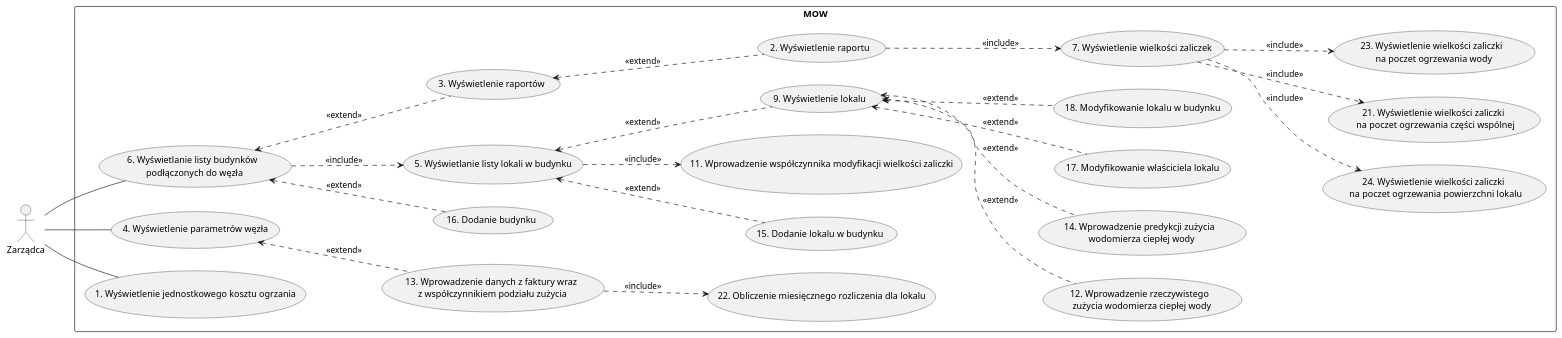
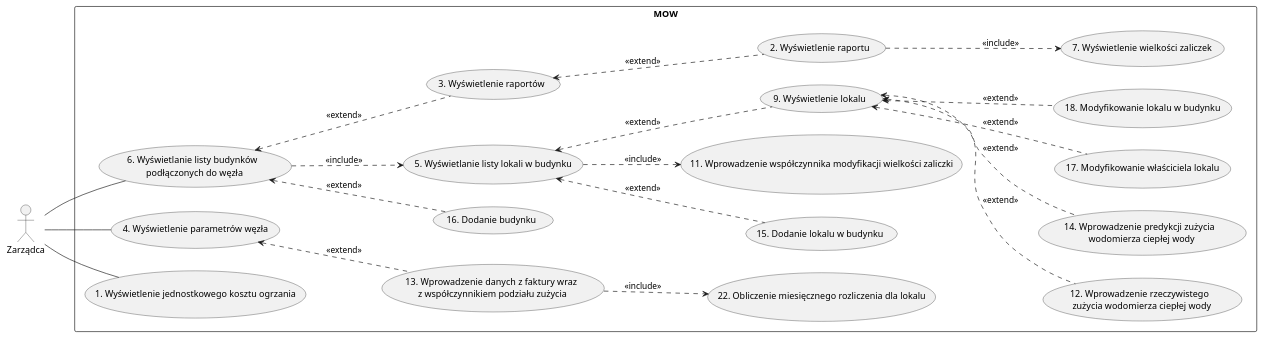
One commit to malinowskaMM/Heat-billing-system-SSBD---UML-diagrams changed the diagram in src/main/resources/MOW/diagramPrzypadkowUzyciaMOWZarzadca.puml. Above: the diagram before and after it, drawn with PlantUML.

Commit message:
diagramy przypadków użycia mow

```diff
--- a/src/main/resources/MOW/diagramPrzypadkowUzyciaMOWZarzadca.puml
+++ b/src/main/resources/MOW/diagramPrzypadkowUzyciaMOWZarzadca.puml
@@ -1,56 +1,49 @@
   @startuml
     left to right direction
 
     actor Zarządca as z
 
     rectangle MOW {
     usecase "16. Dodanie budynku" as MOW16
     usecase "15. Dodanie lokalu w budynku" as MOW15
     usecase "12. Wprowadzenie rzeczywistego \n zużycia wodomierza ciepłej wody" as MOW12
     usecase "14. Wprowadzenie predykcji zużycia \n wodomierza ciepłej wody" as MOW14
     usecase "13. Wprowadzenie danych z faktury wraz\n z współczynnikiem podziału zużycia" as MOW13
     usecase "17. Modyfikowanie właściciela lokalu" as MOW17
     usecase "18. Modyfikowanie lokalu w budynku" as MOW18
     usecase "5. Modyfikowanie lokalu w budynku" as MOW5
-    usecase "24. Wyświetlenie wielkości zaliczki \n na poczet ogrzewania powierzchni lokalu" as MOW24
-    usecase "21. Wyświetlenie wielkości zaliczki \n na poczet ogrzewania części wspólnej" as MOW21
-    usecase "23. Wyświetlenie wielkości zaliczki \n na poczet ogrzewania wody" as MOW23
     usecase "12. Wprowadzenie rzeczywistego \n zużycia wodomierza ciepłej wody" as MOW12
     usecase "7. Wyświetlenie wielkości zaliczek" as MOW7
     usecase "11. Wprowadzenie współczynnika modyfikacji wielkości zaliczki" as MOW11
     usecase "6. Wyświetlanie listy budynków \n podłączonych do węzła" as MOW6
     usecase "5. Wyświetlanie listy lokali w budynku" as MOW5
     usecase "4. Wyświetlenie parametrów węzła" as MOW4
     usecase "2. Wyświetlenie raportu" as MOW2
     usecase "3. Wyświetlenie raportów" as MOW3
     usecase "1. Wyświetlenie jednostkowego kosztu ogrzania" as MOW1
     usecase "9. Wyświetlenie lokalu" as MOW9
     usecase "22. Obliczenie miesięcznego rozliczenia dla lokalu" as MOW22
     }
 
   MOW6 <.. MOW16: <<extend>>
   MOW4 <.. MOW13: <<extend>>
   MOW13 ..> MOW22: <<include>>
   MOW5 <.. MOW15: <<extend>>
   MOW9 <.. MOW12: <<extend>>
   MOW9 <.. MOW14: <<extend>>
   MOW9 <.. MOW17: <<extend>>
   MOW9 <.. MOW18: <<extend>>
 
   MOW2 ..> MOW7: <<include>>
   MOW3 <.. MOW2: <<extend>>
 
-  MOW7 ..> MOW24: <<include>>
-  MOW7 ..> MOW21: <<include>>
-  MOW7 ..> MOW23: <<include>>
-
   MOW6 ..> MOW5: <<include>>
   MOW5 <.. MOW9: <<extend>>
   MOW5 ..> MOW11: <<include>>
   MOW6 <.. MOW3: <<extend>>
 
     z -- MOW4
     z -- MOW6
     z -- MOW1
 
     @enduml
```
